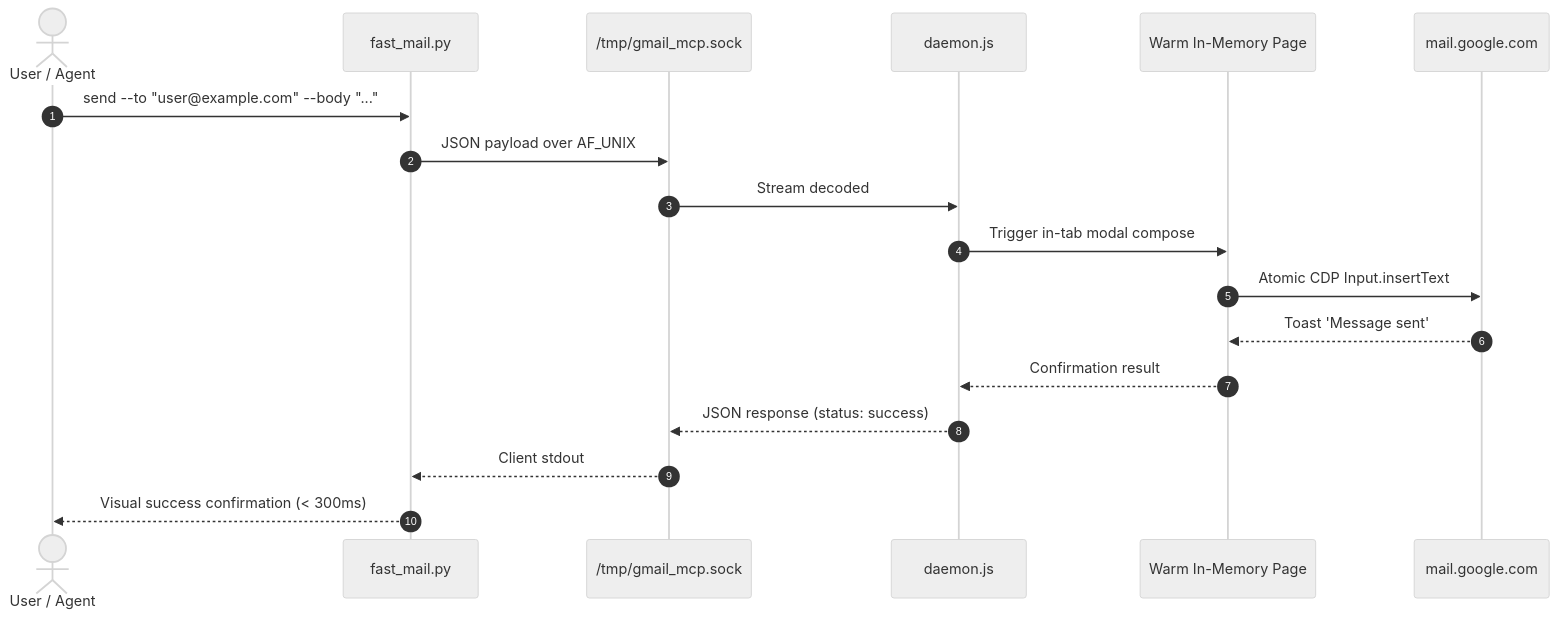
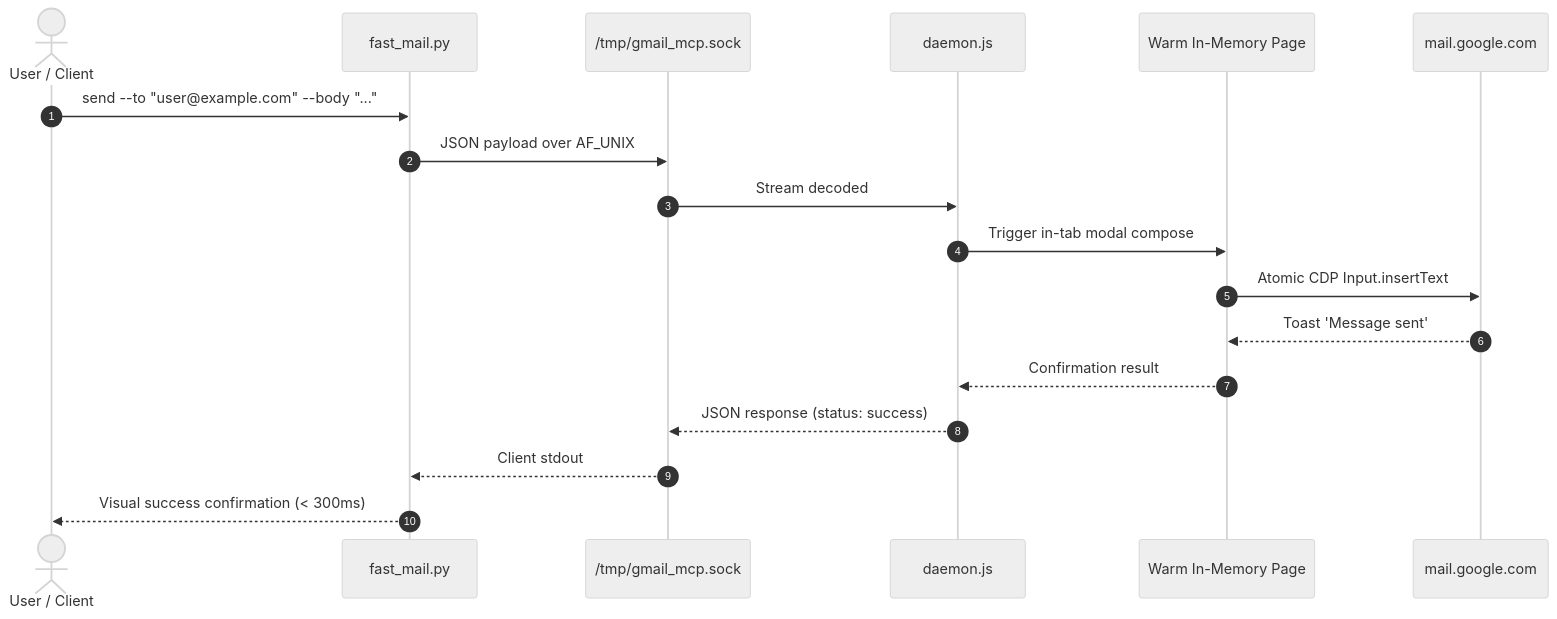
One commit to sparsh101sparsh/gmail-browser-mcp changed the second of 2 diagrams in docs/architecture.md. Above: the diagram before and after it, drawn with Mermaid (neutral theme). The commit also changed other lines of this file and 12 other files, not shown here.

````diff
--- a/docs/architecture.md
+++ b/docs/architecture.md
@@ -50,21 +50,21 @@
 ```mermaid
 sequenceDiagram
     autonumber
-    actor User as User / Agent
+    actor User as User / Client
     participant CLI as fast_mail.py
     participant Sock as /tmp/gmail_mcp.sock
     participant Daemon as daemon.js
     participant Page as Warm In-Memory Page
     participant Gmail as mail.google.com
 
     User->>CLI: send --to "user@example.com" --body "..."
     CLI->>Sock: JSON payload over AF_UNIX
     Sock->>Daemon: Stream decoded
     Daemon->>Page: Trigger in-tab modal compose
     Page->>Gmail: Atomic CDP Input.insertText
     Gmail-->>Page: Toast 'Message sent'
     Page-->>Daemon: Confirmation result
     Daemon-->>Sock: JSON response (status: success)
     Sock-->>CLI: Client stdout
     CLI-->>User: Visual success confirmation (< 300ms)
 ```
````
